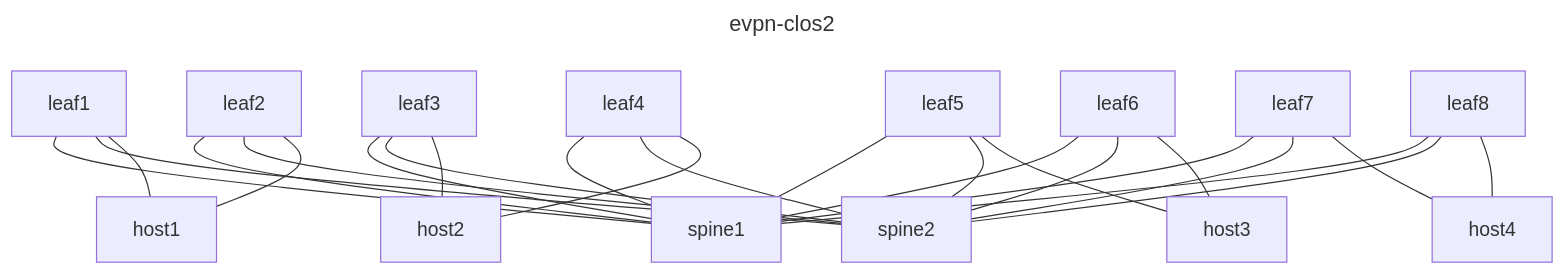
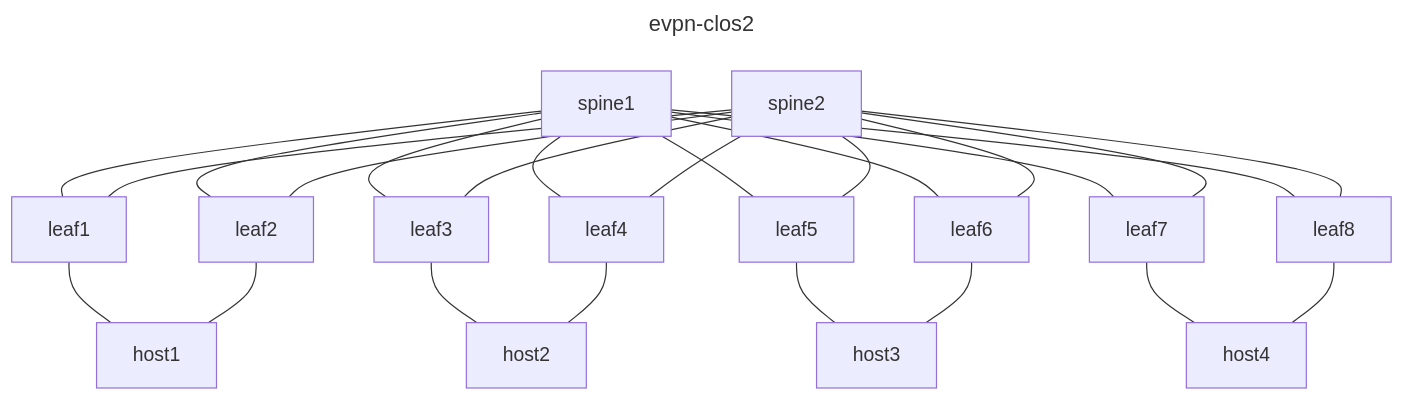
The diagram in images/srl-evpn-clos2.clab.mermaid (jryburn/kentik-ac4-lab), drawn with Mermaid before and after one commit.

```diff
--- a/images/srl-evpn-clos2.clab.mermaid
+++ b/images/srl-evpn-clos2.clab.mermaid
@@ -1,28 +1,28 @@
 ---
 title: evpn-clos2
 ---
 graph TD
-  leaf1---spine1
-  leaf1---spine2
+  spine1---leaf1
+  spine2---leaf1
+  spine1---leaf2
+  spine2---leaf2
+  spine1---leaf3
+  spine2---leaf3
+  spine1---leaf4
+  spine2---leaf4
+  spine1---leaf5
+  spine2---leaf5
+  spine1---leaf6
+  spine2---leaf6
+  spine1---leaf7
+  spine2---leaf7
+  spine1---leaf8
+  spine2---leaf8
   leaf1---host1
-  leaf2---spine1
-  leaf2---spine2
   leaf2---host1
-  leaf3---spine1
-  leaf3---spine2
   leaf3---host2
-  leaf4---spine1
-  leaf4---spine2
   leaf4---host2
-  leaf5---spine1
-  leaf5---spine2
   leaf5---host3
-  leaf6---spine1
-  leaf6---spine2
   leaf6---host3
-  leaf7---spine1
-  leaf7---spine2
   leaf7---host4
-  leaf8---spine1
-  leaf8---spine2
   leaf8---host4
```
